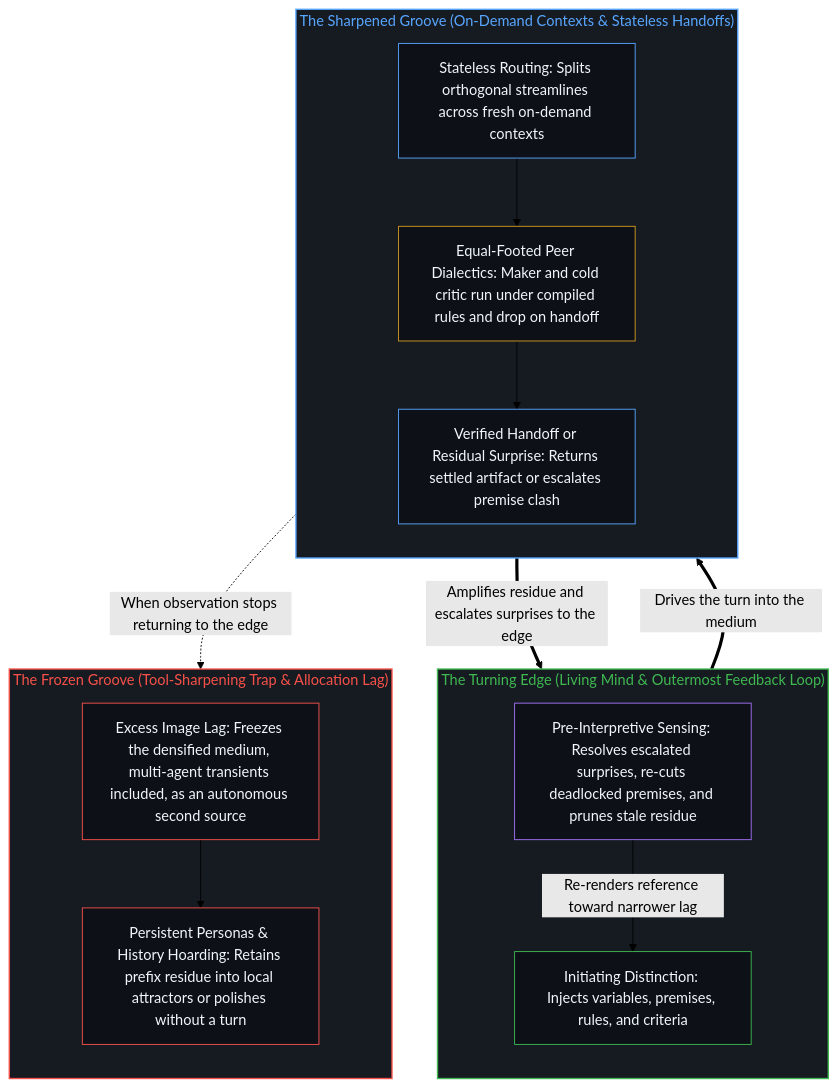
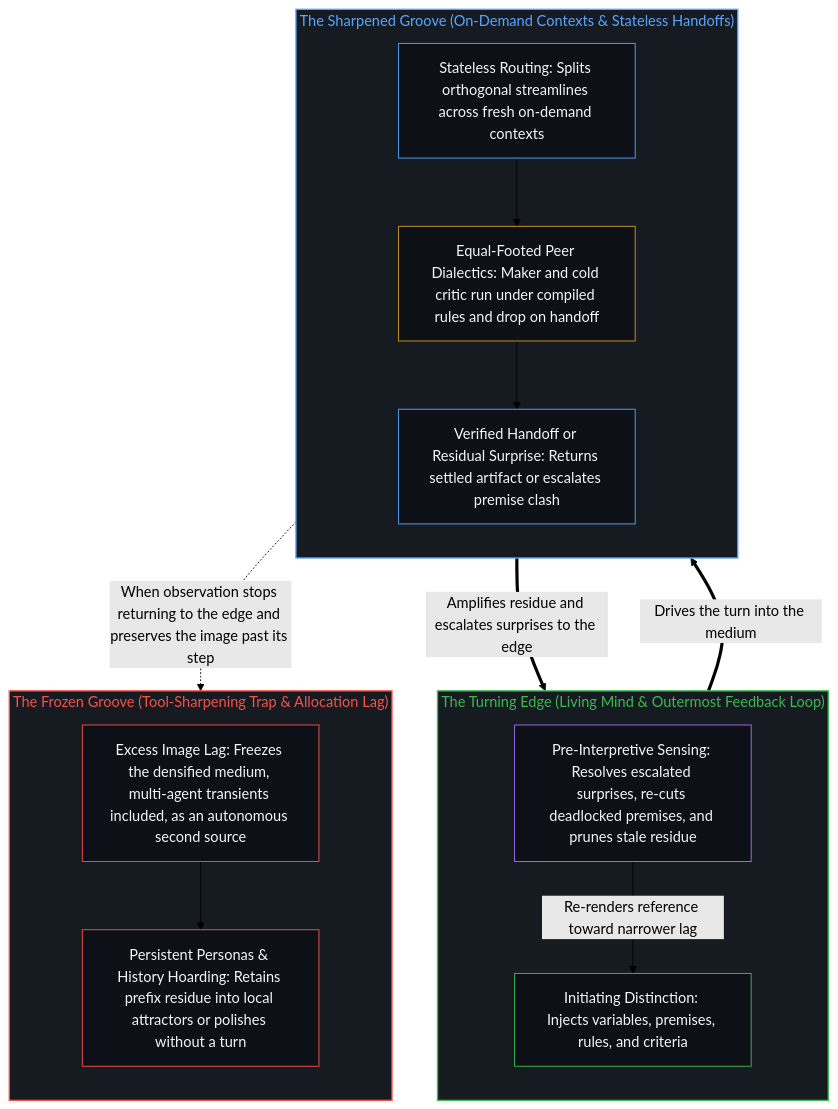
One commit to powerpig99/not-a-toe changed the second of 2 diagrams in content/posts/the-flywheel-of-the-mind.md. Above: the diagram before and after it, drawn with Mermaid (forest theme). The commit also changed other lines of this file and 13 other files, not shown here.

````diff
--- a/content/posts/the-flywheel-of-the-mind.md
+++ b/content/posts/the-flywheel-of-the-mind.md
@@ -83,35 +83,35 @@
 ```mermaid
 flowchart TD
     subgraph S_Edge["The Turning Edge (Living Mind & Outermost Feedback Loop)"]
         direction TB
         E_Init["Initiating Distinction: Injects variables, premises, rules, and criteria"]
         E_Sense["Pre-Interpretive Sensing: Resolves escalated surprises, re-cuts deadlocked premises, and prunes stale residue"]
         E_Sense -->|"Re-renders reference toward narrower lag"| E_Init
     end
     subgraph S_Groove["The Sharpened Groove (On-Demand Contexts & Stateless Handoffs)"]
         direction TB
         G_Route["Stateless Routing: Splits orthogonal streamlines across fresh on-demand contexts"]
         G_Debate["Equal-Footed Peer Dialectics: Maker and cold critic run under compiled rules and drop on handoff"]
         G_Signal["Verified Handoff or Residual Surprise: Returns settled artifact or escalates premise clash"]
         G_Route --> G_Debate --> G_Signal
     end
     subgraph S_Trap["The Frozen Groove (Tool-Sharpening Trap & Allocation Lag)"]
         direction TB
         T_Lag["Excess Image Lag: Freezes the densified medium, multi-agent transients included, as an autonomous second source"]
         T_Stall["Persistent Personas & History Hoarding: Retains prefix residue into local attractors or polishes without a turn"]
         T_Lag --> T_Stall
     end
     E_Init ==>|"Drives the turn into the medium"| G_Route
     G_Signal ==>|"Amplifies residue and escalates surprises to the edge"| E_Sense
-    G_Signal -.->|"When observation stops returning to the edge"| T_Lag
+    G_Signal -.->|"When observation stops returning to the edge and preserves the image past its step"| T_Lag
     style S_Edge fill:#161b22,stroke:#3fb950,stroke-width:1.5px,color:#3fb950
     style S_Groove fill:#161b22,stroke:#58a6ff,stroke-width:1.5px,color:#58a6ff
     style S_Trap fill:#161b22,stroke:#f85149,stroke-width:1.5px,color:#f85149
     style E_Init fill:#0d1117,stroke:#3fb950,stroke-width:1px,color:#f0f6fc
     style E_Sense fill:#0d1117,stroke:#a371f7,stroke-width:1px,color:#f0f6fc
     style G_Route fill:#0d1117,stroke:#58a6ff,stroke-width:1px,color:#f0f6fc
     style G_Debate fill:#0d1117,stroke:#d29922,stroke-width:1px,color:#f0f6fc
     style G_Signal fill:#0d1117,stroke:#58a6ff,stroke-width:1px,color:#f0f6fc
     style T_Lag fill:#0d1117,stroke:#f85149,stroke-width:1px,color:#f0f6fc
     style T_Stall fill:#0d1117,stroke:#f85149,stroke-width:1px,color:#f0f6fc
 ```
````
